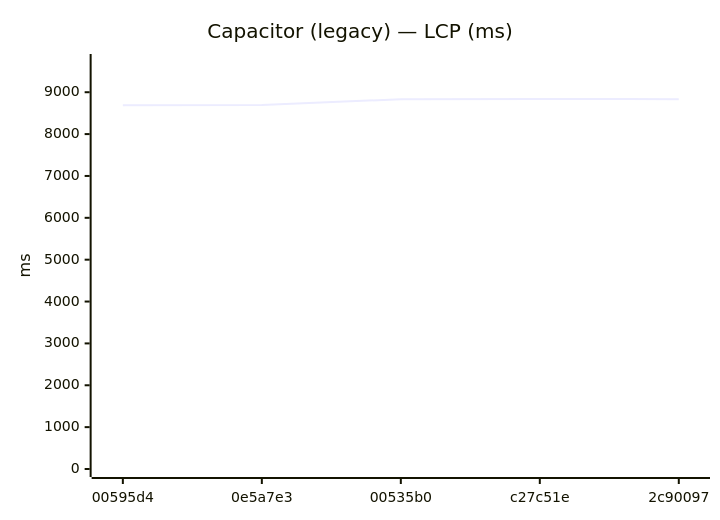
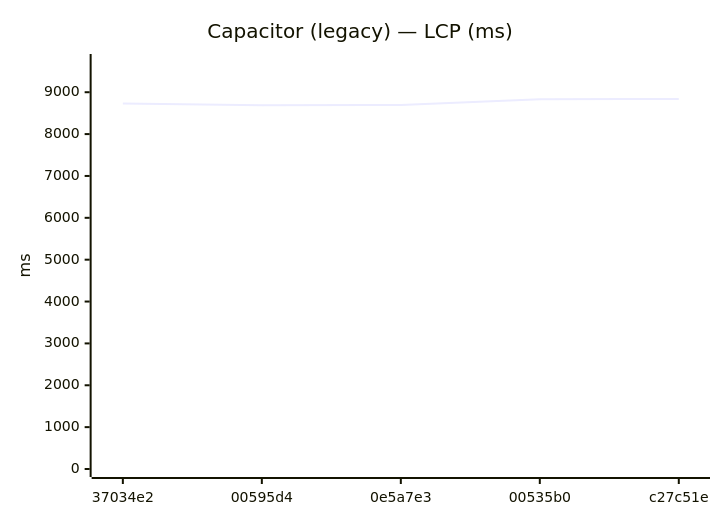
Diagram 13 of 24 in benchmarks/compare.md (Metaheurist/Rianell), drawn with Mermaid before and after one commit. The commit also changed other lines of this file and 12 other files, not shown here.

````diff
--- a/benchmarks/compare.md
+++ b/benchmarks/compare.md
@@ -182,7 +186,7 @@
 ```mermaid
 xychart-beta
     title "Capacitor (legacy) — LCP (ms)"
-    x-axis ["00595d4", "0e5a7e3", "00535b0", "c27c51e", "2c90097"]
+    x-axis ["37034e2", "00595d4", "0e5a7e3", "00535b0", "c27c51e"]
     y-axis "ms" 0 --> 9722
-    line [8688, 8693, 8834, 8838, 8835]
+    line [8731, 8688, 8693, 8834, 8838]
 ```
````
